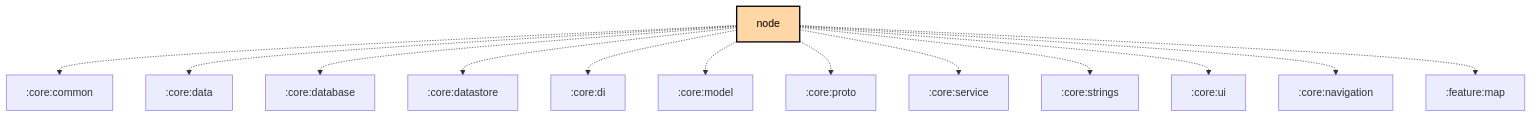
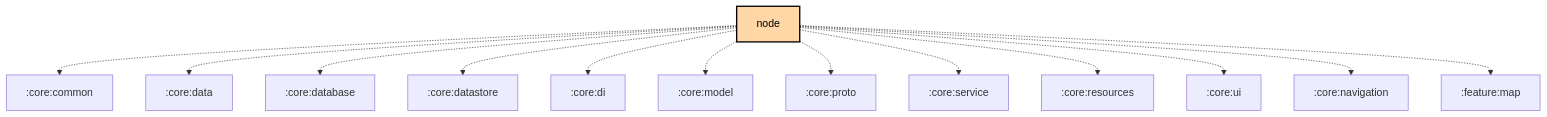
One commit to meshtastic/Meshtastic-Android changed the diagram in feature/node/README.md. Above: the diagram before and after it, drawn with Mermaid. The commit also changed 321 other files, not shown here.

````diff
--- a/feature/node/README.md
+++ b/feature/node/README.md
@@ -23,27 +23,27 @@
 ```mermaid
 graph TB
   :feature:node[node]:::android-feature
   :feature:node -.-> :core:common
   :feature:node -.-> :core:data
   :feature:node -.-> :core:database
   :feature:node -.-> :core:datastore
   :feature:node -.-> :core:di
   :feature:node -.-> :core:model
   :feature:node -.-> :core:proto
   :feature:node -.-> :core:service
-  :feature:node -.-> :core:strings
+  :feature:node -.-> :core:resources
   :feature:node -.-> :core:ui
   :feature:node -.-> :core:navigation
   :feature:node -.-> :feature:map
 
 classDef android-application fill:#CAFFBF,stroke:#000,stroke-width:2px,color:#000;
 classDef android-application-compose fill:#CAFFBF,stroke:#000,stroke-width:2px,color:#000;
 classDef android-feature fill:#FFD6A5,stroke:#000,stroke-width:2px,color:#000;
 classDef android-library fill:#9BF6FF,stroke:#000,stroke-width:2px,color:#000;
 classDef android-library-compose fill:#9BF6FF,stroke:#000,stroke-width:2px,color:#000;
 classDef android-test fill:#A0C4FF,stroke:#000,stroke-width:2px,color:#000;
 classDef jvm-library fill:#BDB2FF,stroke:#000,stroke-width:2px,color:#000;
 classDef kmp-library fill:#FFC1CC,stroke:#000,stroke-width:2px,color:#000;
 classDef unknown fill:#FFADAD,stroke:#000,stroke-width:2px,color:#000;
 
 ```
````
